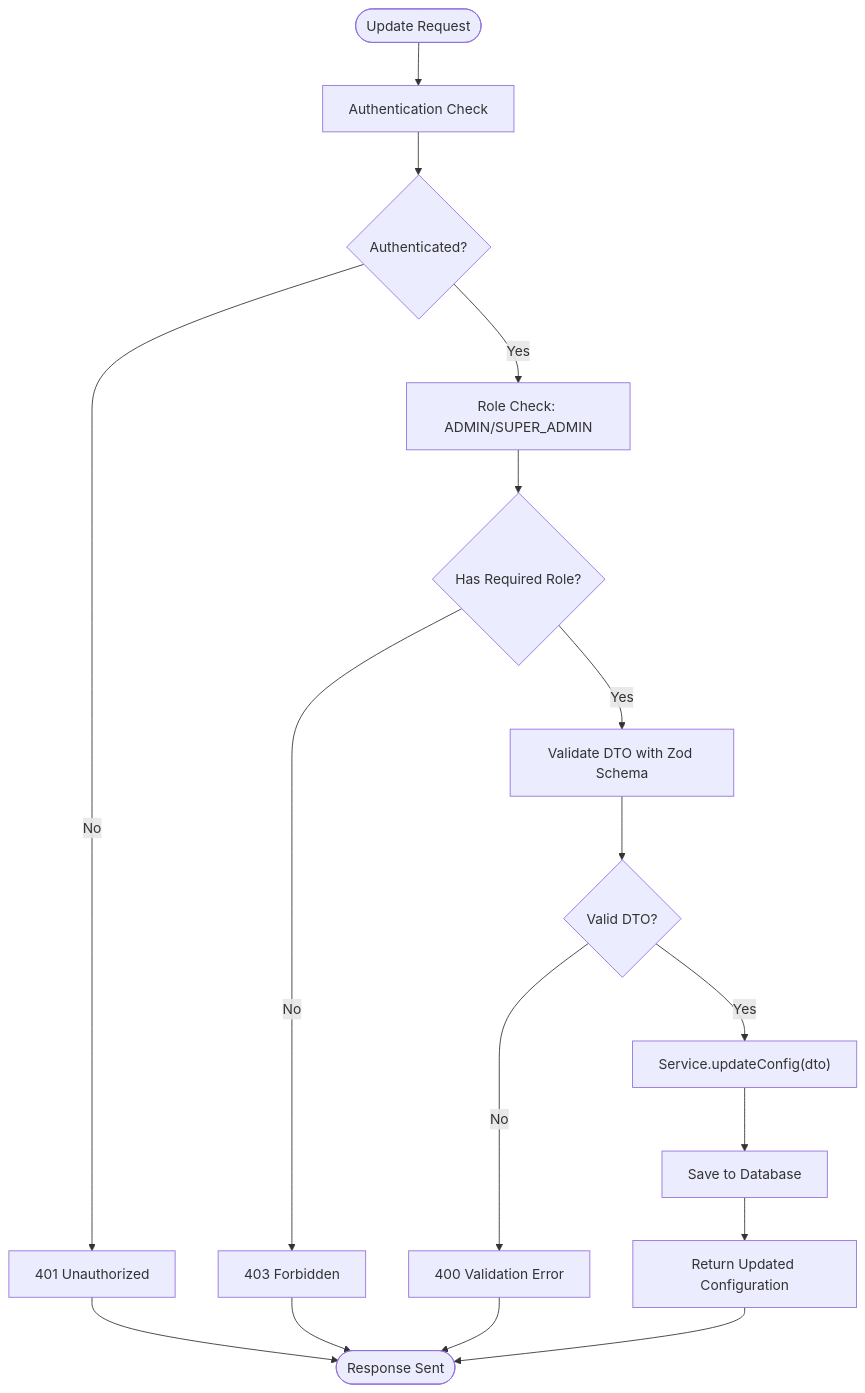
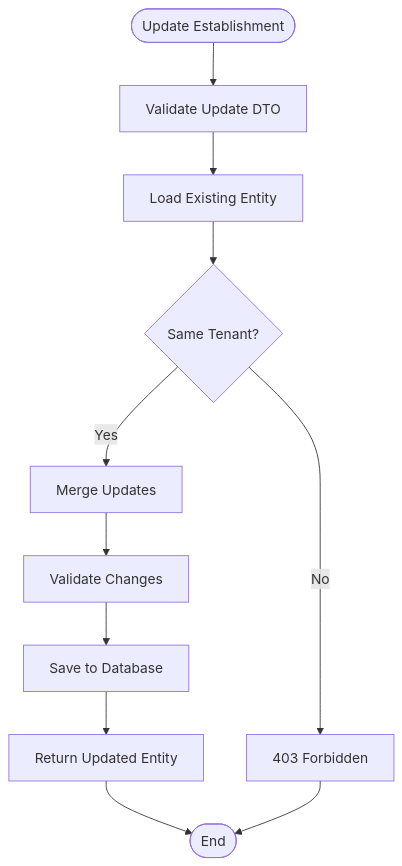
The seventh of 11 diagrams in .qoder/repowiki/en/content/Modules & Features/Administrative Modules/Establishment Management.md (franckylab/eLISAschool), drawn with Mermaid before and after one commit. The commit also changed other lines of this file and 126 other files, not shown here.

````diff
--- a/.qoder/repowiki/en/content/Modules & Features/Administrative Modules/Establishment Management.md
+++ b/.qoder/repowiki/en/content/Modules & Features/Administrative Modules/Establishment Management.md
@@ -258,19 +304,13 @@
 ```mermaid
 flowchart TD
-Start([Update Request]) --> AuthCheck["Authentication Check"]
-AuthCheck --> AuthOK{"Authenticated?"}
-AuthOK --> |No| Error401["401 Unauthorized"]
-AuthOK --> |Yes| RoleCheck["Role Check: ADMIN/SUPER_ADMIN"]
-RoleCheck --> RoleOK{"Has Required Role?"}
-RoleOK --> |No| Error403["403 Forbidden"]
-RoleOK --> |Yes| ValidateDTO["Validate DTO with Zod Schema"]
-ValidateDTO --> Valid{"Valid DTO?"}
-Valid --> |No| Error400["400 Validation Error"]
-Valid --> |Yes| UpdateConfig["Service.updateConfig(dto)"]
-UpdateConfig --> SaveConfig["Save to Database"]
-SaveConfig --> ReturnSuccess["Return Updated Configuration"]
-ReturnSuccess --> End([Response Sent])
-Error401 --> End
+Start([Update Establishment]) --> ValidateDTO["Validate Update DTO"]
+ValidateDTO --> LoadEntity["Load Existing Entity"]
+LoadEntity --> CheckTenant{"Same Tenant?"}
+CheckTenant --> |Yes| MergeUpdates["Merge Updates"]
+CheckTenant --> |No| Error403["403 Forbidden"]
+MergeUpdates --> ValidateChanges["Validate Changes"]
+ValidateChanges --> SaveEntity["Save to Database"]
+SaveEntity --> ReturnSuccess["Return Updated Entity"]
+ReturnSuccess --> End([End])
 Error403 --> End
-Error400 --> End
 ```
````
